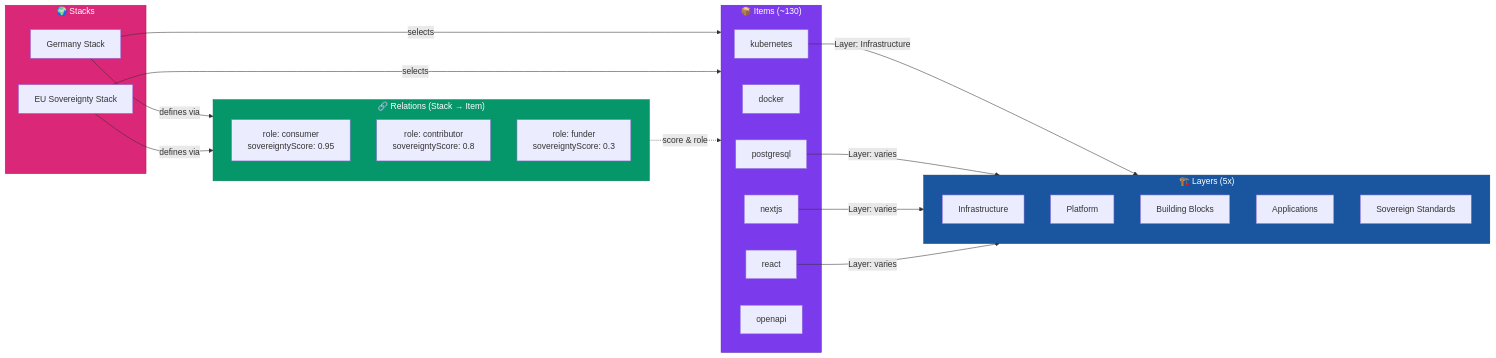
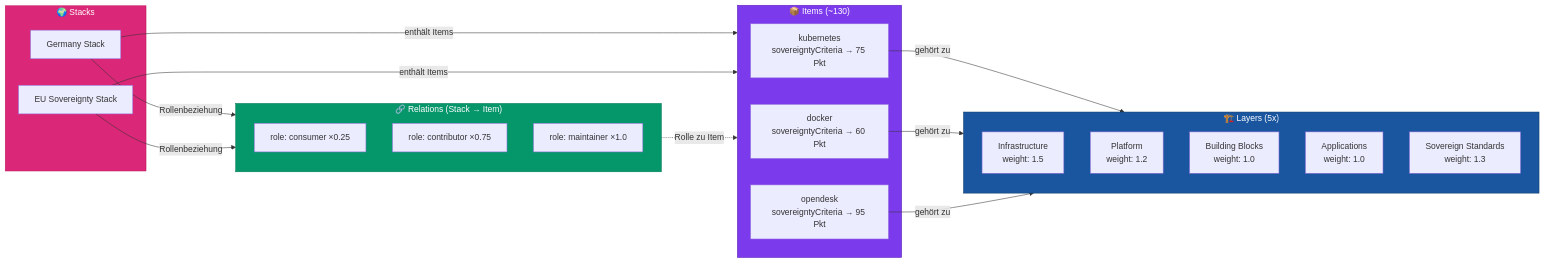
Before and after one commit to deleonio/accessible-d-stack-landscape: the diagram in data/README.md, drawn with Mermaid. The commit also changed other lines of this file and 5 other files, not shown here.

Commit message:
Refactor README and JSON schemas for clarity; enhance sovereignty scoring model and role definitions

````diff
--- a/data/README.md
+++ b/data/README.md
@@ -28,51 +28,47 @@
 ```mermaid
 graph LR
     subgraph Layers["🏗️ Layers (5x)"]
-        L1["Infrastructure"]
-        L2["Platform"]
-        L3["Building Blocks"]
-        L4["Applications"]
-        L5["Sovereign Standards"]
+        L1["Infrastructure<br/>weight: 1.5"]
+        L2["Platform<br/>weight: 1.2"]
+        L3["Building Blocks<br/>weight: 1.0"]
+        L4["Applications<br/>weight: 1.0"]
+        L5["Sovereign Standards<br/>weight: 1.3"]
     end
 
     subgraph Items["📦 Items (~130)"]
-        I1["kubernetes"]
-        I2["docker"]
-        I3["postgresql"]
-        I4["nextjs"]
-        I5["react"]
-        I6["openapi"]
+        I1["kubernetes<br/>sovereigntyCriteria → 75 Pkt"]
+        I2["docker<br/>sovereigntyCriteria → 60 Pkt"]
+        I3["opendesk<br/>sovereigntyCriteria → 95 Pkt"]
     end
 
     subgraph Stacks["🌍 Stacks"]
         S1["Germany Stack"]
         S2["EU Sovereignty Stack"]
     end
 
     subgraph Relations["🔗 Relations (Stack → Item)"]
-        R1["role: consumer<br/>sovereigntyScore: 0.95"]
-        R2["role: contributor<br/>sovereigntyScore: 0.8"]
-        R3["role: funder<br/>sovereigntyScore: 0.3"]
+        R1["role: consumer ×0.25"]
+        R2["role: contributor ×0.75"]
+        R3["role: maintainer ×1.0"]
     end
 
-    I1 --> |Layer: Infrastructure| Layers
-    I3 & I4 & I5 --> |Layer: varies| Layers
+    I1 & I2 & I3 --> |gehört zu| Layers
 
-    S1 --> |selects| Items
-    S2 --> |selects| Items
+    S1 --> |enthält Items| Items
+    S2 --> |enthält Items| Items
 
-    S1 --> |defines via| Relations
-    S2 --> |defines via| Relations
+    S1 --> |Rollenbeziehung| Relations
+    S2 --> |Rollenbeziehung| Relations
 
-    Relations -.->|score & role| Items
+    Relations -.->|Rolle zu Item| Items
 
     classDef layers fill:#1a56a0,stroke:#0f3a66,color:#fff
     classDef items fill:#7c3aed,stroke:#5b21b6,color:#fff
     classDef stacks fill:#db2777,stroke:#be185d,color:#fff
     classDef relations fill:#059669,stroke:#047857,color:#fff
 
     class Layers layers
     class Items items
     class Stacks stacks
     class Relations relations
 ```
````
